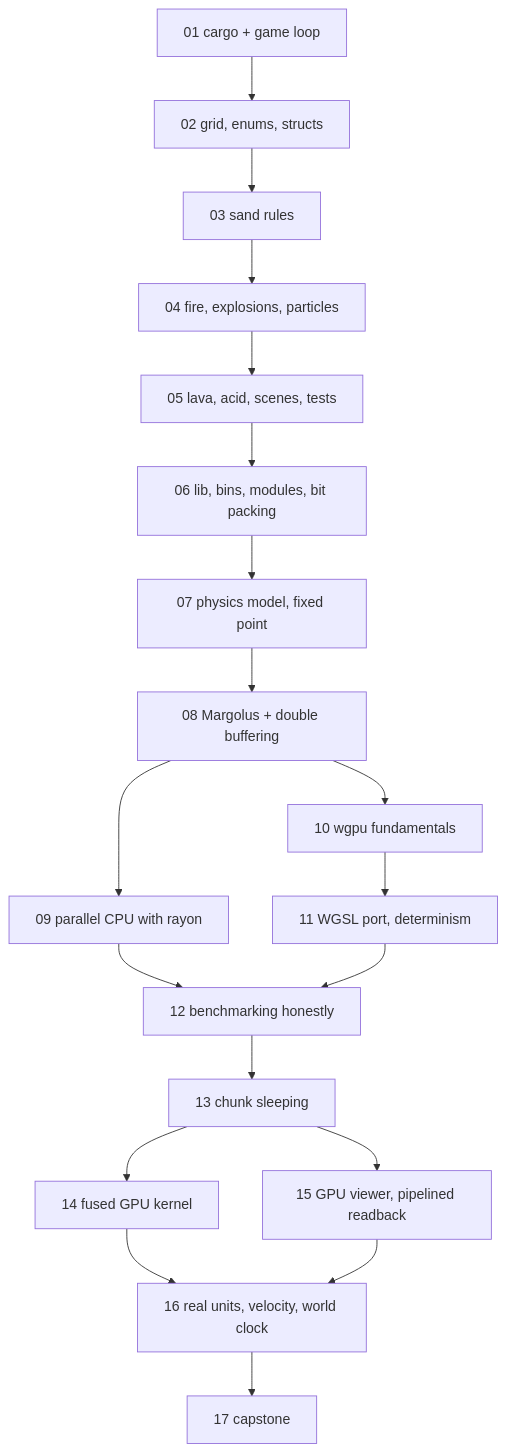
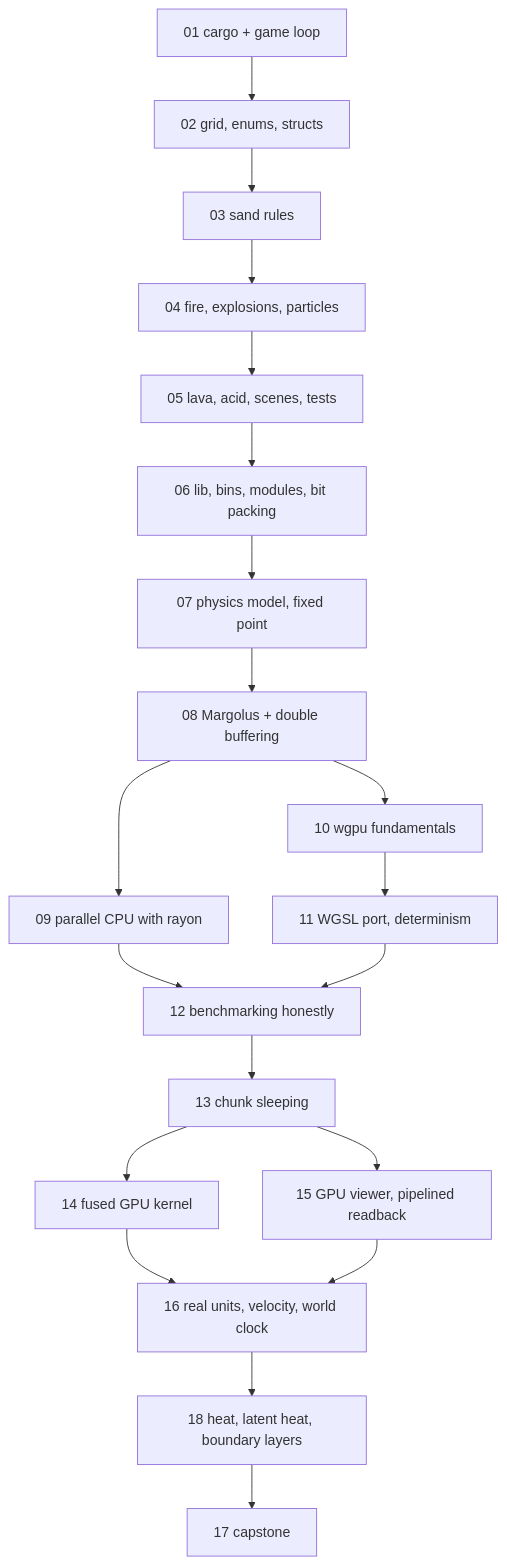
The first of 2 diagrams in docs/lessons/00-index.md (anujbarve/falling-sand-rust), drawn with Mermaid before and after one commit. The commit also changed other lines of this file and 9 other files, not shown here.

Commit message:
docs(lessons): update lessons for the module split and latent heat; add lesson 18

````diff
--- a/docs/lessons/00-index.md
+++ b/docs/lessons/00-index.md
@@ -124,21 +133,22 @@
 ```mermaid
 graph TD
   L01[01 cargo + game loop] --> L02[02 grid, enums, structs]
   L02 --> L03[03 sand rules]
   L03 --> L04[04 fire, explosions, particles]
   L04 --> L05[05 lava, acid, scenes, tests]
   L05 --> L06[06 lib, bins, modules, bit packing]
   L06 --> L07[07 physics model, fixed point]
   L07 --> L08[08 Margolus + double buffering]
   L08 --> L09[09 parallel CPU with rayon]
   L08 --> L10[10 wgpu fundamentals]
   L10 --> L11[11 WGSL port, determinism]
   L09 --> L12[12 benchmarking honestly]
   L11 --> L12
   L12 --> L13[13 chunk sleeping]
   L13 --> L14[14 fused GPU kernel]
   L13 --> L15[15 GPU viewer, pipelined readback]
   L14 --> L16[16 real units, velocity, world clock]
   L15 --> L16
-  L16 --> L17[17 capstone]
+  L16 --> L18[18 heat, latent heat, boundary layers]
+  L18 --> L17[17 capstone]
 ```
````
